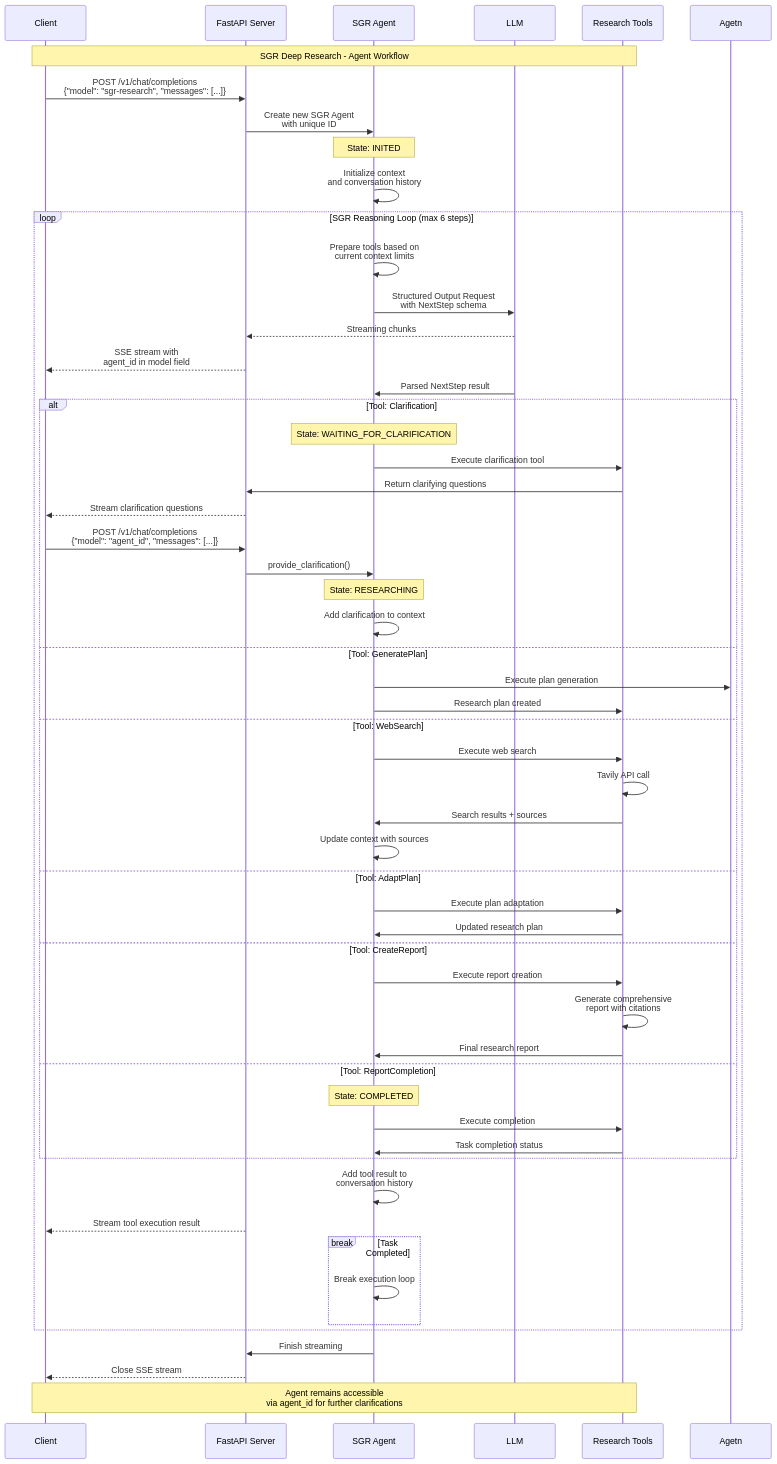
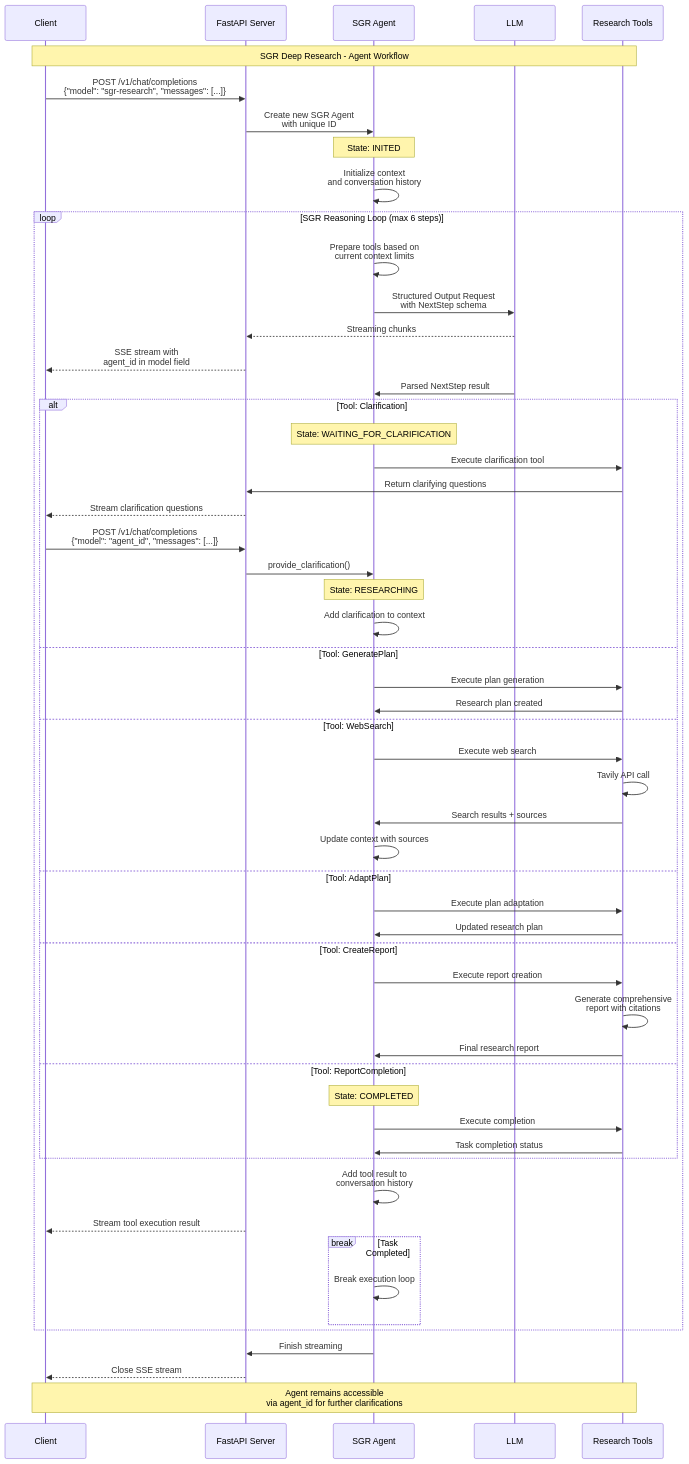
Before and after one commit to wiwindos/sgr-deep-research: the diagram in README.md, drawn with Mermaid.

````diff
--- a/README.md
+++ b/README.md
@@ -292,75 +292,75 @@
 ```mermaid
 sequenceDiagram
     participant Client
     participant API as FastAPI Server
     participant Agent as SGR Agent
     participant LLM as LLM
     participant Tools as Research Tools
 
     Note over Client, Tools: SGR Deep Research - Agent Workflow
 
     Client->>API: POST /v1/chat/completions<br/>{"model": "sgr-research", "messages": [...]}
     
     API->>Agent: Create new SGR Agent<br/>with unique ID
     Note over Agent: State: INITED
     
     Agent->>Agent: Initialize context<br/>and conversation history
     
     loop SGR Reasoning Loop (max 6 steps)
         Agent->>Agent: Prepare tools based on<br/>current context limits
         Agent->>LLM: Structured Output Request<br/>with NextStep schema
         
         LLM-->>API: Streaming chunks
         API-->>Client: SSE stream with<br/>agent_id in model field
         
         LLM->>Agent: Parsed NextStep result
         
         alt Tool: Clarification
             Note over Agent: State: WAITING_FOR_CLARIFICATION
             Agent->>Tools: Execute clarification tool
             Tools->>API: Return clarifying questions
             API-->>Client: Stream clarification questions
             
             Client->>API: POST /v1/chat/completions<br/>{"model": "agent_id", "messages": [...]}
             API->>Agent: provide_clarification()
             Note over Agent: State: RESEARCHING
             Agent->>Agent: Add clarification to context
             
         else Tool: GeneratePlan
-            Agent->>Agetn: Execute plan generation
-            Agent->>Tools: Research plan created
+            Agent->>Tools: Execute plan generation
+            Tools->>Agent: Research plan created
             
         else Tool: WebSearch  
             Agent->>Tools: Execute web search
             Tools->>Tools: Tavily API call
             Tools->>Agent: Search results + sources
             Agent->>Agent: Update context with sources
             
         else Tool: AdaptPlan
             Agent->>Tools: Execute plan adaptation
             Tools->>Agent: Updated research plan
             
         else Tool: CreateReport
             Agent->>Tools: Execute report creation
             Tools->>Tools: Generate comprehensive<br/>report with citations
             Tools->>Agent: Final research report
             
         else Tool: ReportCompletion
             Note over Agent: State: COMPLETED
             Agent->>Tools: Execute completion
             Tools->>Agent: Task completion status
         end
         
         Agent->>Agent: Add tool result to<br/>conversation history
         API-->>Client: Stream tool execution result
         
         break Task Completed
             Agent->>Agent: Break execution loop
         end
     end
     
     Agent->>API: Finish streaming
     API-->>Client: Close SSE stream
     
     Note over Client, Tools: Agent remains accessible<br/>via agent_id for further clarifications
 ```
````
